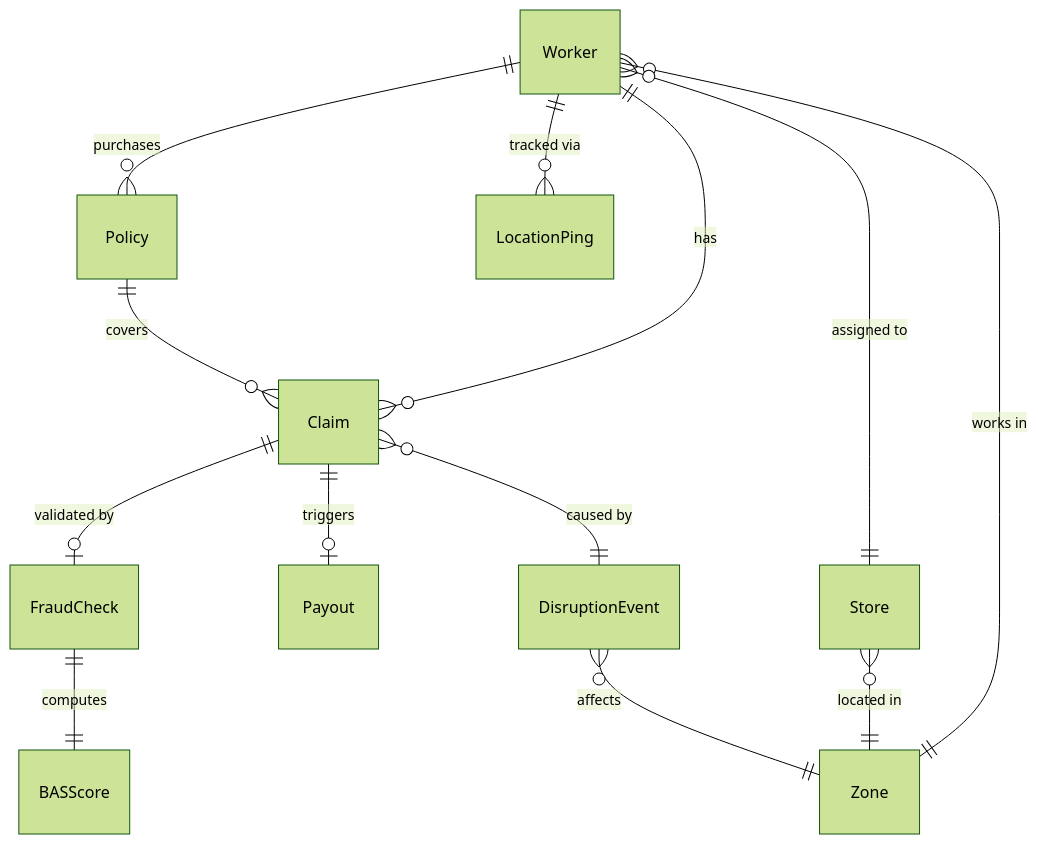
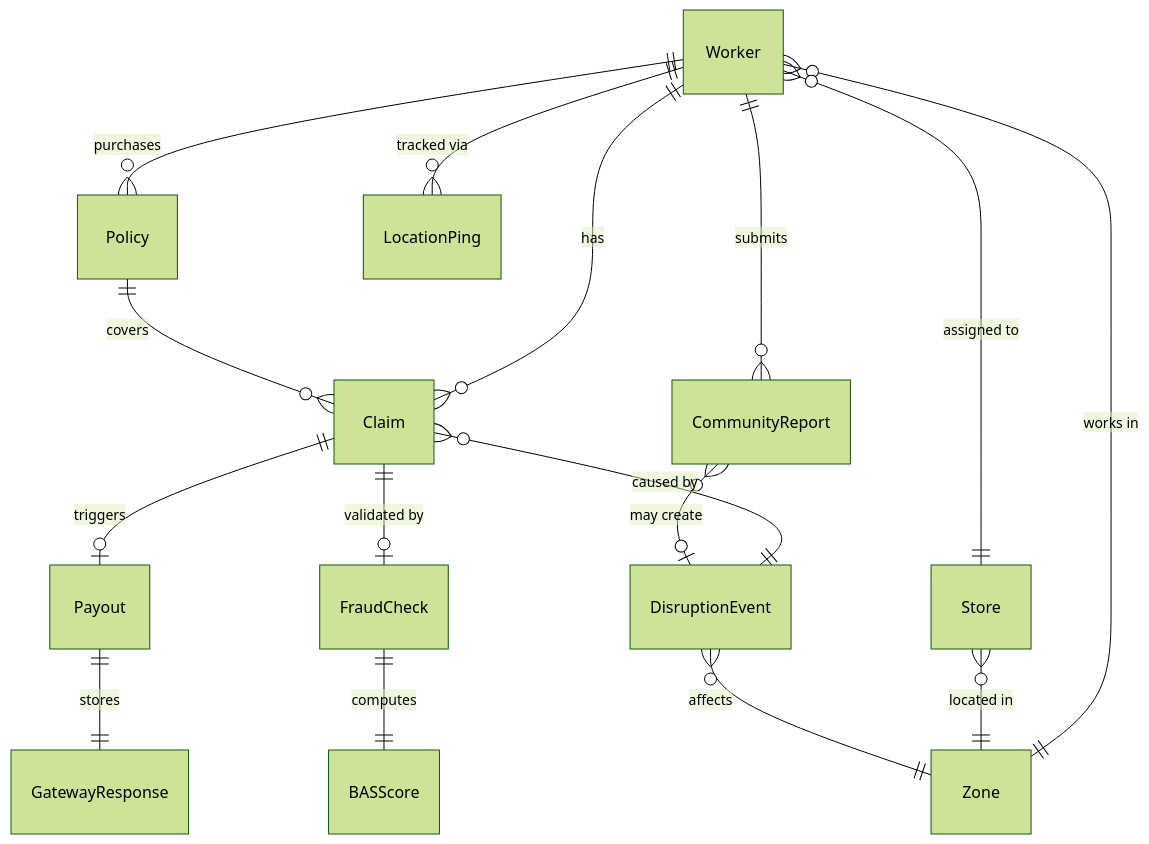
The third of 3 diagrams in README.md (uroy80/TeamVoid-Guidewire-Devtrails), drawn with Mermaid (forest theme) before and after one commit. The commit also changed other lines of this file and 3 other files, not shown here.

````diff
--- a/README.md
+++ b/README.md
@@ -710,15 +744,18 @@
 ```mermaid
 erDiagram
     Worker ||--o{ Policy : purchases
     Worker ||--o{ Claim : has
     Worker ||--o{ LocationPing : "tracked via"
+    Worker ||--o{ CommunityReport : submits
     Worker }o--|| Zone : "works in"
     Worker }o--|| Store : "assigned to"
     Store }o--|| Zone : "located in"
     Policy ||--o{ Claim : covers
     Claim ||--o| Payout : triggers
     Claim }o--|| DisruptionEvent : "caused by"
     Claim ||--o| FraudCheck : "validated by"
+    CommunityReport }o--o| DisruptionEvent : "may create"
     DisruptionEvent }o--|| Zone : affects
     FraudCheck ||--|| BASScore : "computes"
+    Payout ||--|| GatewayResponse : "stores"
 ```
````
